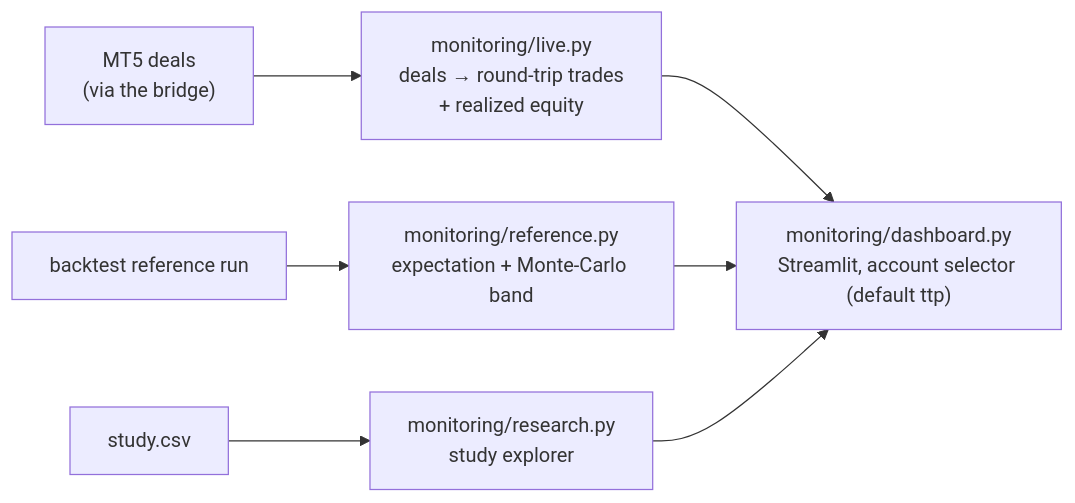
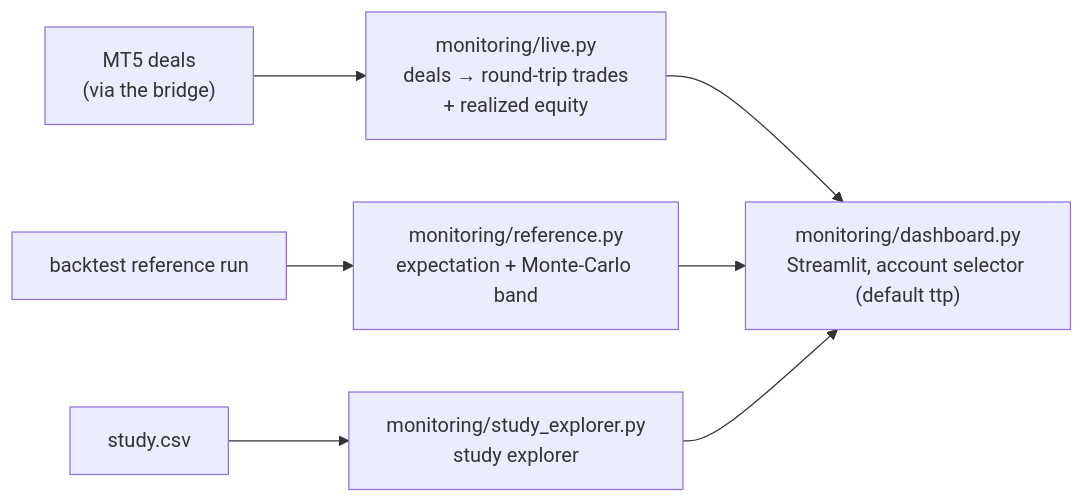
The fourth of 5 diagrams in docs/architecture.md (QPlus-Capital/trading-system), drawn with Mermaid before and after one commit. The commit also changed other lines of this file and 156 other files, not shown here.

````diff
--- a/docs/architecture.md
+++ b/docs/architecture.md
@@ -154,9 +154,9 @@
 ```mermaid
 flowchart LR
     DEALS["MT5 deals<br/>(via the bridge)"] --> LIVEM["monitoring/live.py<br/>deals → round-trip trades<br/>+ realized equity"]
     REF["backtest reference run"] --> REFM["monitoring/reference.py<br/>expectation + Monte-Carlo band"]
-    STUDY2["study.csv"] --> RES["monitoring/research.py<br/>study explorer"]
+    STUDY2["study.csv"] --> RES["monitoring/study_explorer.py<br/>study explorer"]
     LIVEM --> DASH["monitoring/dashboard.py<br/>Streamlit, account selector (default ttp)"]
     REFM --> DASH
     RES --> DASH
 ```
````
